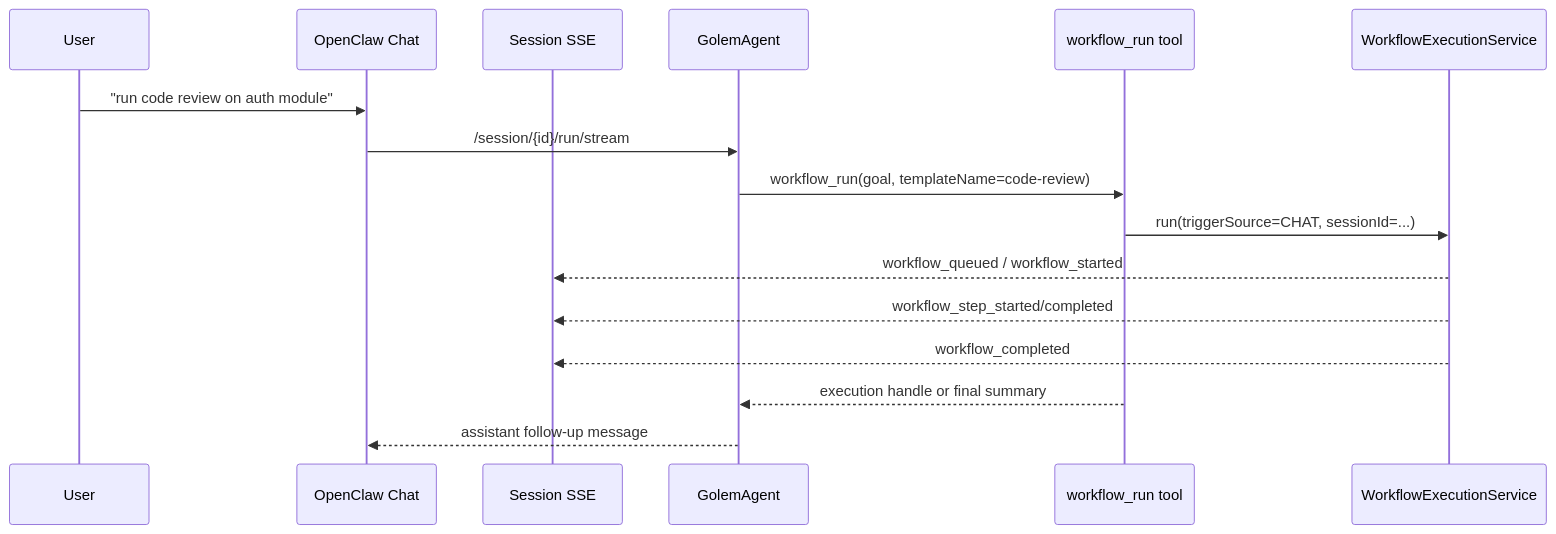
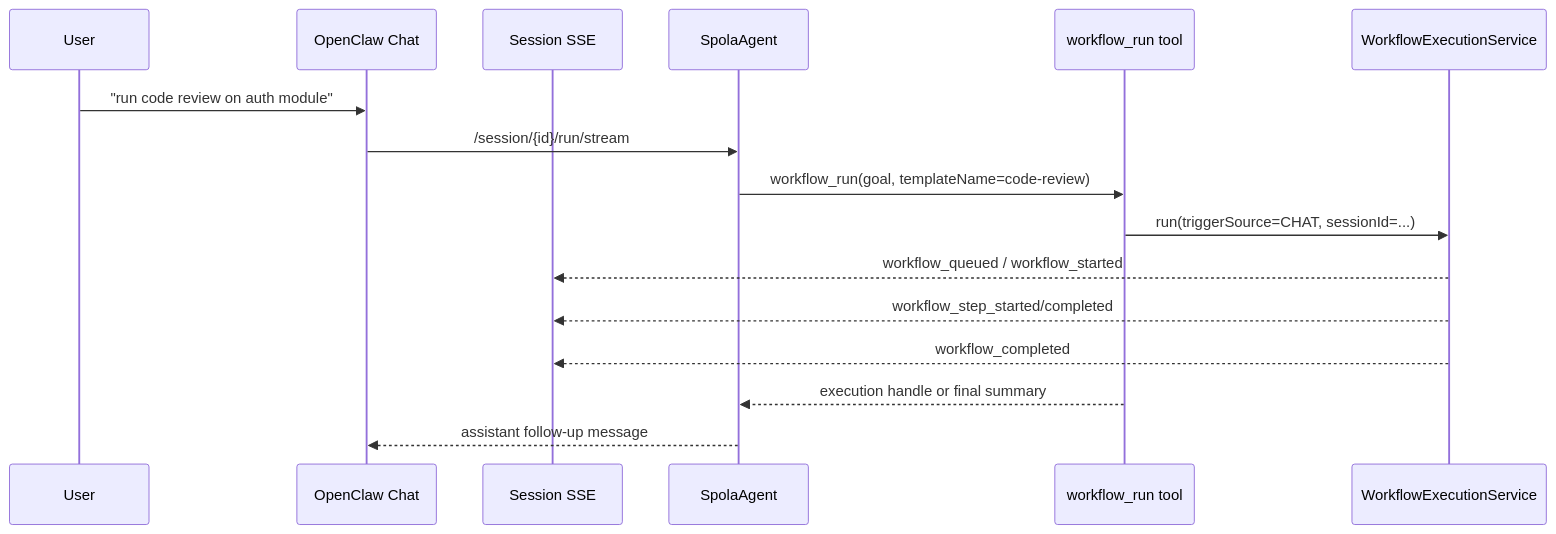
One commit to GionaGranchelli/spola changed the third of 5 diagrams in spola-backend/docs/workflows/WORKFLOW_SYSTEM_DESIGN_IT.md. Above: the diagram before and after it, drawn with Mermaid. The commit also changed other lines of this file and 432 other files, not shown here.

````diff
--- a/spola-backend/docs/workflows/WORKFLOW_SYSTEM_DESIGN_IT.md
+++ b/spola-backend/docs/workflows/WORKFLOW_SYSTEM_DESIGN_IT.md
@@ -496,19 +496,19 @@
 ```mermaid
 sequenceDiagram
     participant User
     participant ChatUI as OpenClaw Chat
     participant SSE as Session SSE
-    participant Agent as GolemAgent
+    participant Agent as SpolaAgent
     participant Tool as workflow_run tool
     participant WES as WorkflowExecutionService
 
     User->>ChatUI: "run code review on auth module"
     ChatUI->>Agent: /session/{id}/run/stream
     Agent->>Tool: workflow_run(goal, templateName=code-review)
     Tool->>WES: run(triggerSource=CHAT, sessionId=...)
     WES-->>SSE: workflow_queued / workflow_started
     WES-->>SSE: workflow_step_started/completed
     WES-->>SSE: workflow_completed
     Tool-->>Agent: execution handle or final summary
     Agent-->>ChatUI: assistant follow-up message
 ```
````
